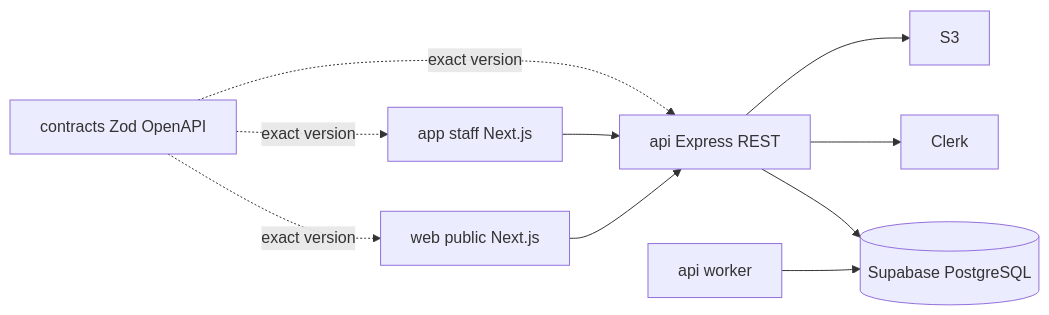
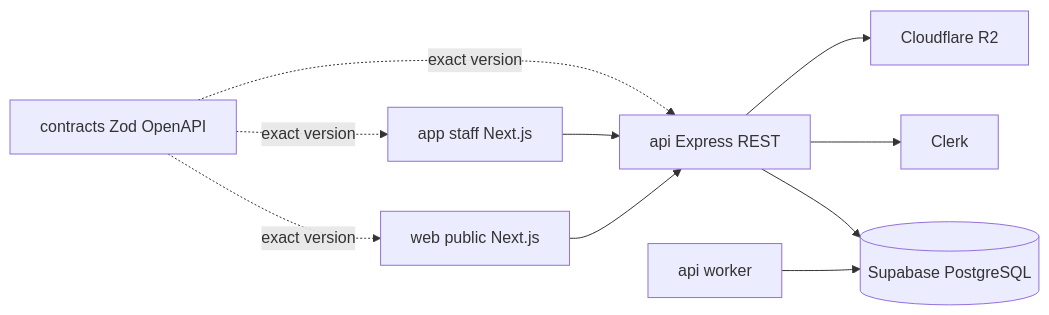
The diagram in docs/second-brain/02-Architecture/Drezivo Architecture.md (Drezivo/drezivo), drawn with Mermaid before and after one commit. The commit also changed other lines of this file and 51 other files, not shown here.

````diff
--- a/docs/second-brain/02-Architecture/Drezivo Architecture.md
+++ b/docs/second-brain/02-Architecture/Drezivo Architecture.md
@@ -13,12 +13,12 @@
 ```mermaid
 flowchart LR
   web[web public Next.js] --> api[api Express REST]
   app[app staff Next.js] --> api
   contracts[contracts Zod OpenAPI] -. exact version .-> web
   contracts -. exact version .-> app
   contracts -. exact version .-> api
   api --> supabase[(Supabase PostgreSQL)]
   api --> clerk[Clerk]
-  api --> s3[S3]
+  api --> r2[Cloudflare R2]
   worker[api worker] --> supabase
 ```
````
